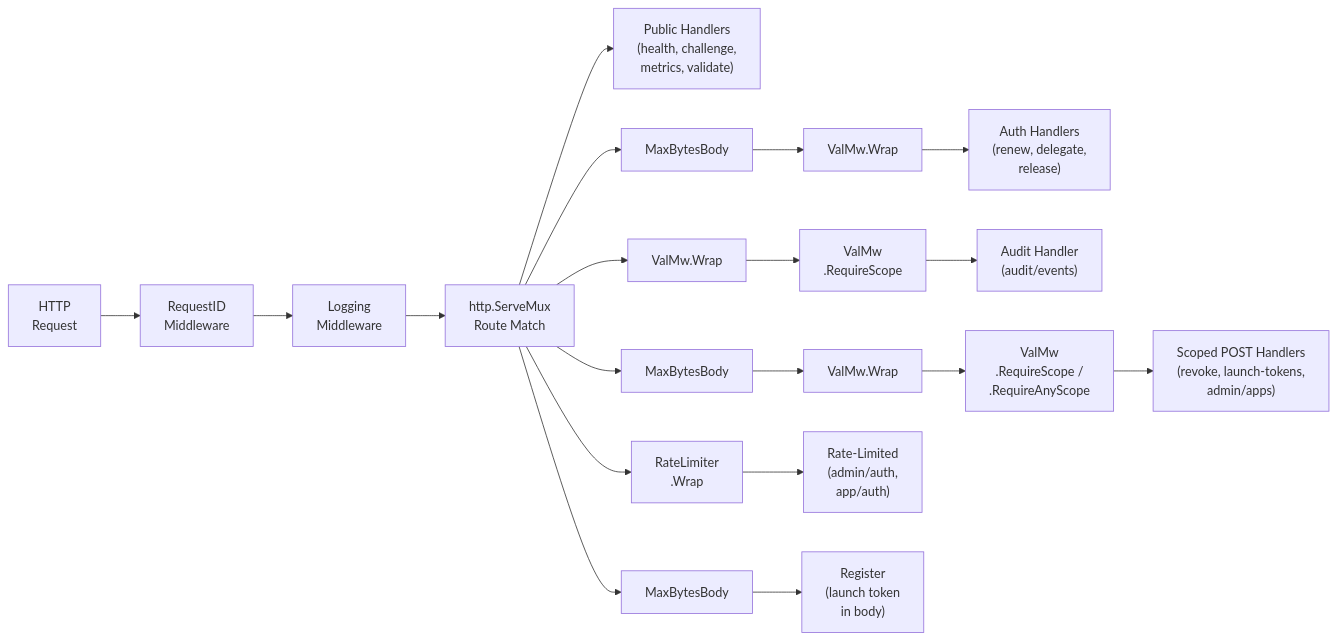
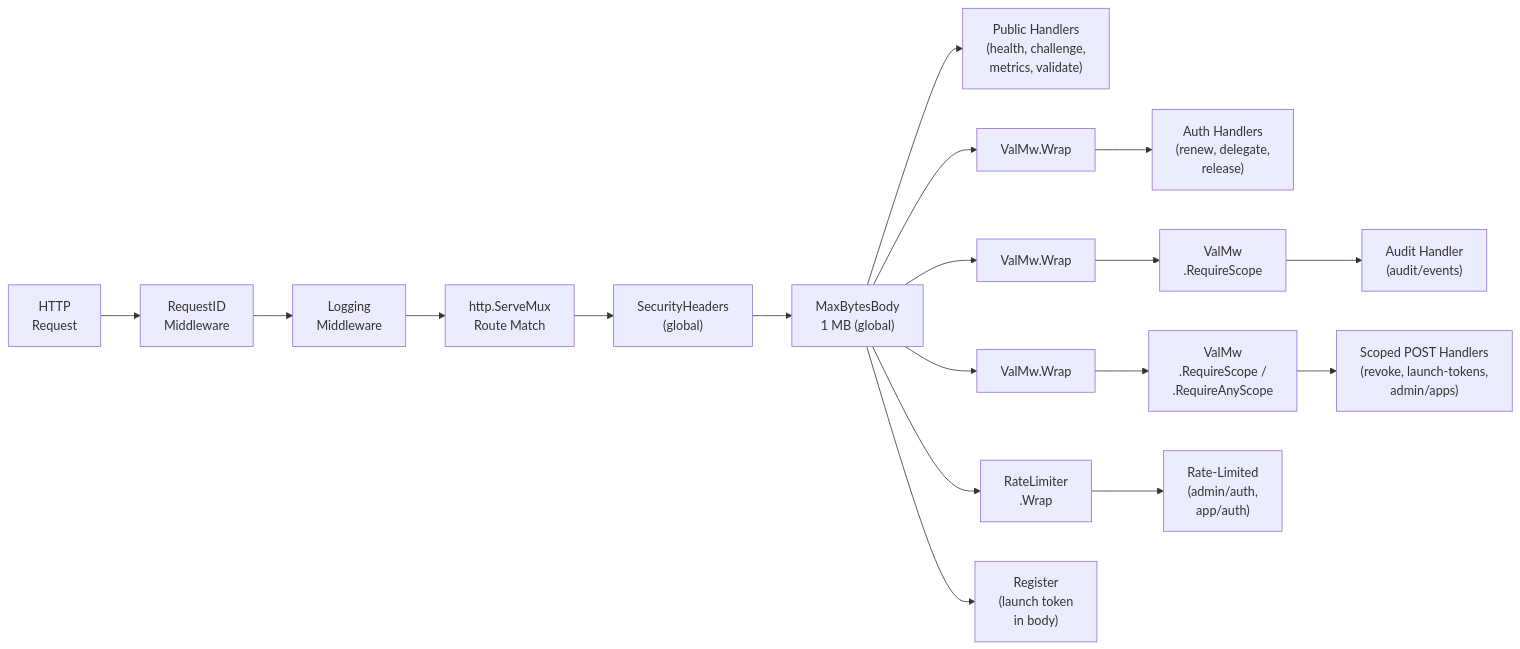
The seventh of 7 diagrams in docs/architecture.md (devonartis/agentwrit), drawn with Mermaid before and after one commit. The commit also changed other lines of this file and 9 other files, not shown here.

First line of the commit message:
docs(cherry-pick): B5 SEC-L2b — changelog, docs, memory, flow, import fix

````diff
--- a/docs/architecture.md
+++ b/docs/architecture.md
@@ -378,18 +382,20 @@
 ```mermaid
 flowchart LR
     REQ["HTTP\nRequest"] --> RID["RequestID\nMiddleware"]
     RID --> LOG["Logging\nMiddleware"]
     LOG --> MUX["http.ServeMux\nRoute Match"]
+    MUX --> SEC["SecurityHeaders\n(global)"]
+    SEC --> MB["MaxBytesBody\n1 MB (global)"]
 
-    MUX --> PUB["Public Handlers\n(health, challenge,\nmetrics, validate)"]
+    MB --> PUB["Public Handlers\n(health, challenge,\nmetrics, validate)"]
 
-    MUX --> MB1["MaxBytesBody"] --> AUTH_ONLY["ValMw.Wrap"] --> AUTH_H["Auth Handlers\n(renew, delegate,\nrelease)"]
+    MB --> AUTH_ONLY["ValMw.Wrap"] --> AUTH_H["Auth Handlers\n(renew, delegate,\nrelease)"]
 
-    MUX --> AUDIT_W["ValMw.Wrap"] --> AUDIT_C["ValMw\n.RequireScope"] --> AUDIT_H["Audit Handler\n(audit/events)"]
+    MB --> AUDIT_W["ValMw.Wrap"] --> AUDIT_C["ValMw\n.RequireScope"] --> AUDIT_H["Audit Handler\n(audit/events)"]
 
-    MUX --> MB2["MaxBytesBody"] --> SCOPE_W["ValMw.Wrap"] --> SCOPE_C["ValMw\n.RequireScope /\n.RequireAnyScope"] --> ADMIN_H["Scoped POST Handlers\n(revoke, launch-tokens,\nadmin/apps)"]
+    MB --> SCOPE_W["ValMw.Wrap"] --> SCOPE_C["ValMw\n.RequireScope /\n.RequireAnyScope"] --> ADMIN_H["Scoped POST Handlers\n(revoke, launch-tokens,\nadmin/apps)"]
 
-    MUX --> RL["RateLimiter\n.Wrap"] --> RL_H["Rate-Limited\n(admin/auth,\napp/auth)"]
+    MB --> RL["RateLimiter\n.Wrap"] --> RL_H["Rate-Limited\n(admin/auth,\napp/auth)"]
 
-    MUX --> MB3["MaxBytesBody"] --> REG_H["Register\n(launch token\nin body)"]
+    MB --> REG_H["Register\n(launch token\nin body)"]
 ```
````
